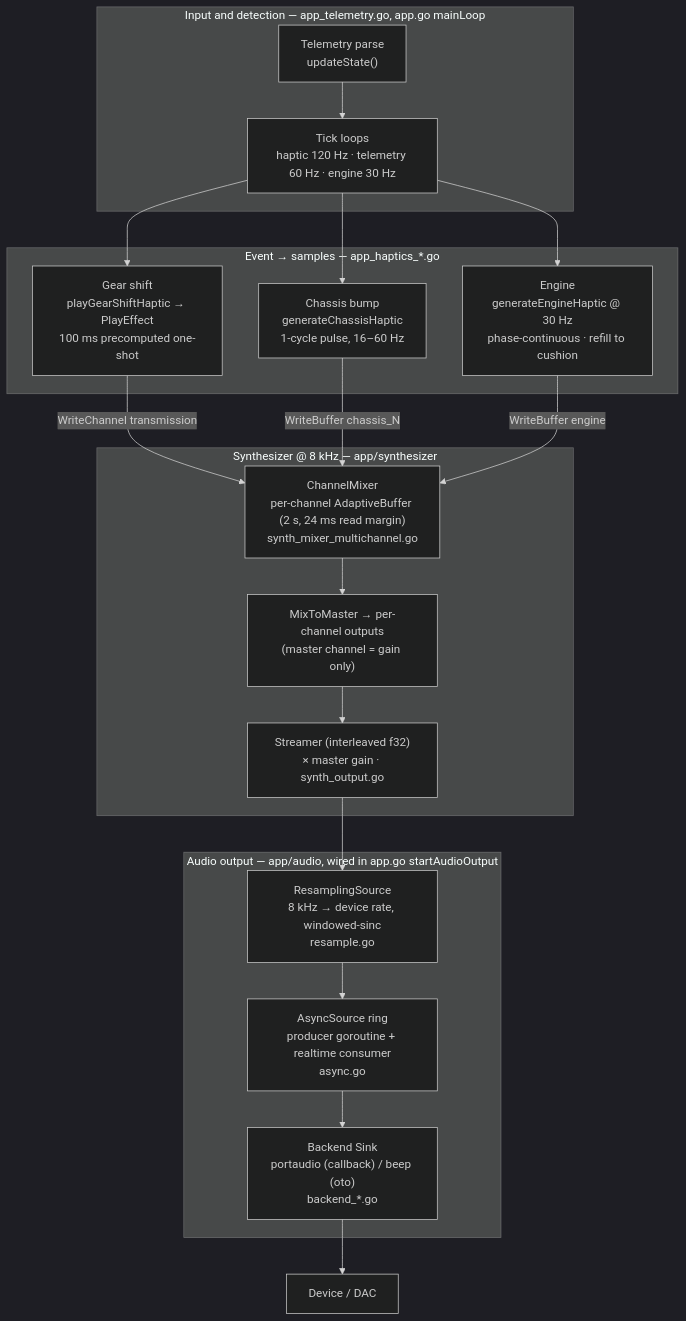
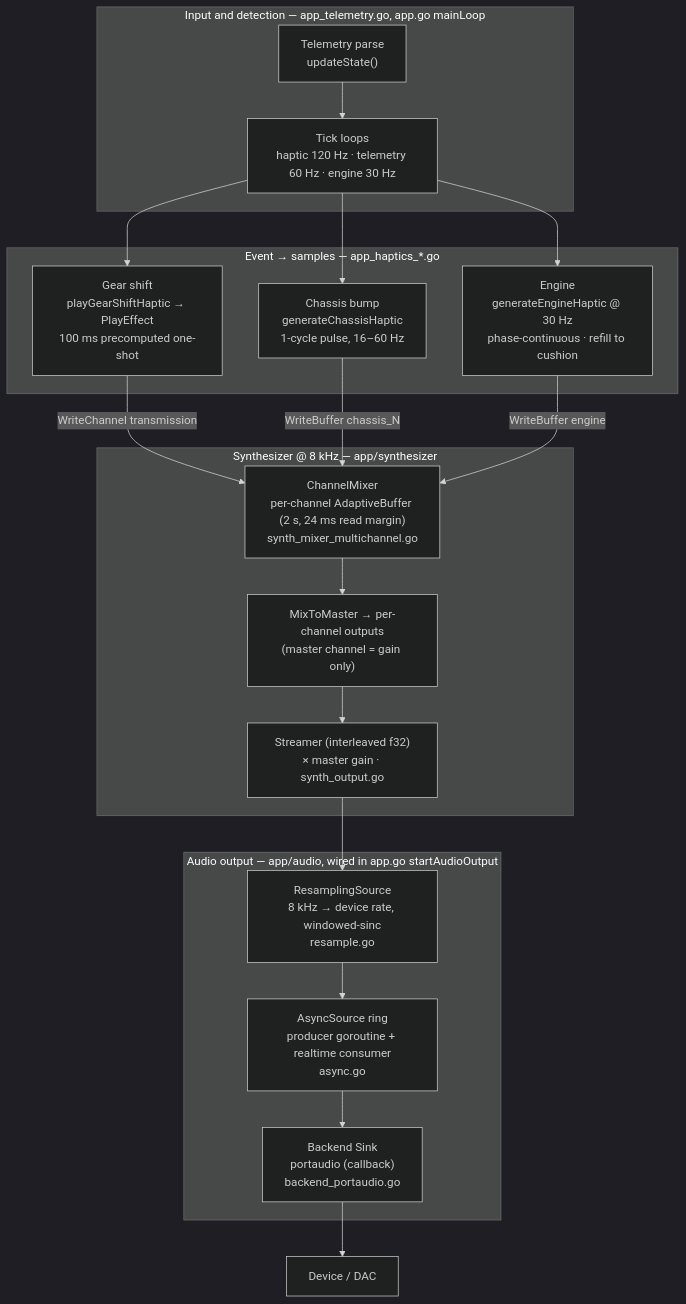
Before and after one commit to vwhitteron/simtezilo-dev: the second of 5 diagrams in doc/audio_pipeline.md, drawn with Mermaid (dark theme). The commit also changed other lines of this file and 28 other files, not shown here.

First line of the commit message:
refactor(audio): replace beep backend with portaudio-only engine

````diff
--- a/doc/audio_pipeline.md
+++ b/doc/audio_pipeline.md
@@ -68,50 +68,50 @@
 ```mermaid
 graph TD
     subgraph Input["Input and detection — app_telemetry.go, app.go mainLoop"]
         Tel["`Telemetry parse
         updateState()`"]
         Tick["`Tick loops
         haptic 120 Hz · telemetry 60 Hz · engine 30 Hz`"]
     end
 
     subgraph Gen["Event → samples — app_haptics_*.go"]
         Gear["`Gear shift
         playGearShiftHaptic → PlayEffect
         100 ms precomputed one-shot`"]
         Chassis["`Chassis bump
         generateChassisHaptic
         1-cycle pulse, 16–60 Hz`"]
         Engine["`Engine
         generateEngineHaptic @ 30 Hz
         phase-continuous · refill to cushion`"]
     end
 
     subgraph Synth["Synthesizer @ 8 kHz — app/synthesizer"]
         Mix["`ChannelMixer
         per-channel AdaptiveBuffer (2 s, 24 ms read margin)
         synth_mixer_multichannel.go`"]
         Master["`MixToMaster → per-channel outputs
         (master channel = gain only)`"]
         Stream["`Streamer (interleaved f32)
         × master gain · synth_output.go`"]
     end
 
     subgraph Out["Audio output — app/audio, wired in app.go startAudioOutput"]
         Res["`ResamplingSource
         8 kHz → device rate, windowed-sinc
         resample.go`"]
         Async["`AsyncSource ring
         producer goroutine + realtime consumer
         async.go`"]
         Sink["`Backend Sink
-        portaudio (callback) / beep (oto)
-        backend_*.go`"]
+        portaudio (callback)
+        backend_portaudio.go`"]
     end
 
     Tel --> Tick
     Tick --> Gear & Chassis & Engine
     Gear -->|WriteChannel transmission| Mix
     Chassis -->|WriteBuffer chassis_N| Mix
     Engine -->|WriteBuffer engine| Mix
     Mix --> Master --> Stream --> Res --> Async --> Sink --> Dev["Device / DAC"]
 ```
````
